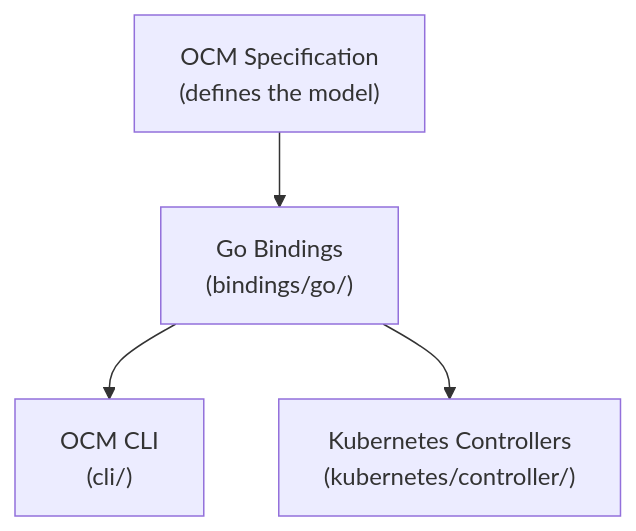
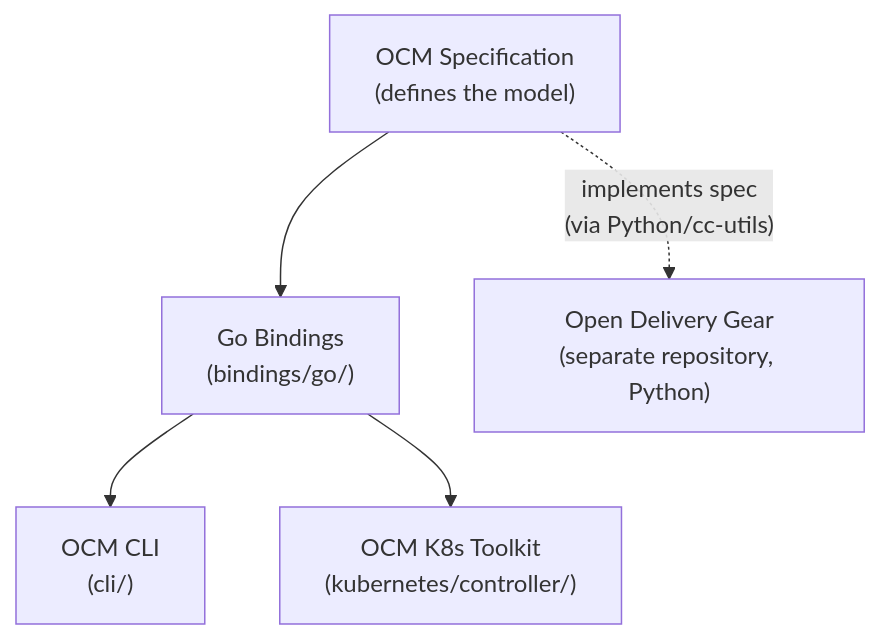
One commit to open-component-model/open-component-model changed the second of 2 diagrams in website/content/community/onboarding.md. Above: the diagram before and after it, drawn with Mermaid. The commit also changed other lines of this file, not shown here.

Commit message:
clarify ODG

````diff
--- a/website/content/community/onboarding.md
+++ b/website/content/community/onboarding.md
@@ -89,11 +92,13 @@
 ```mermaid
 flowchart TD
     Spec["OCM Specification\n(defines the model)"]
     Go["Go Bindings\n(bindings/go/)"]
     CLI["OCM CLI\n(cli/)"]
-    Controllers["Kubernetes Controllers\n(kubernetes/controller/)"]
+    Controllers["OCM K8s Toolkit\n(kubernetes/controller/)"]
+    ODG["Open Delivery Gear\n(separate repository, Python)"]
 
     Spec --> Go
+    Spec -.->|"implements spec\n(via Python/cc-utils)"| ODG
     Go --> CLI
     Go --> Controllers
 ```
````
